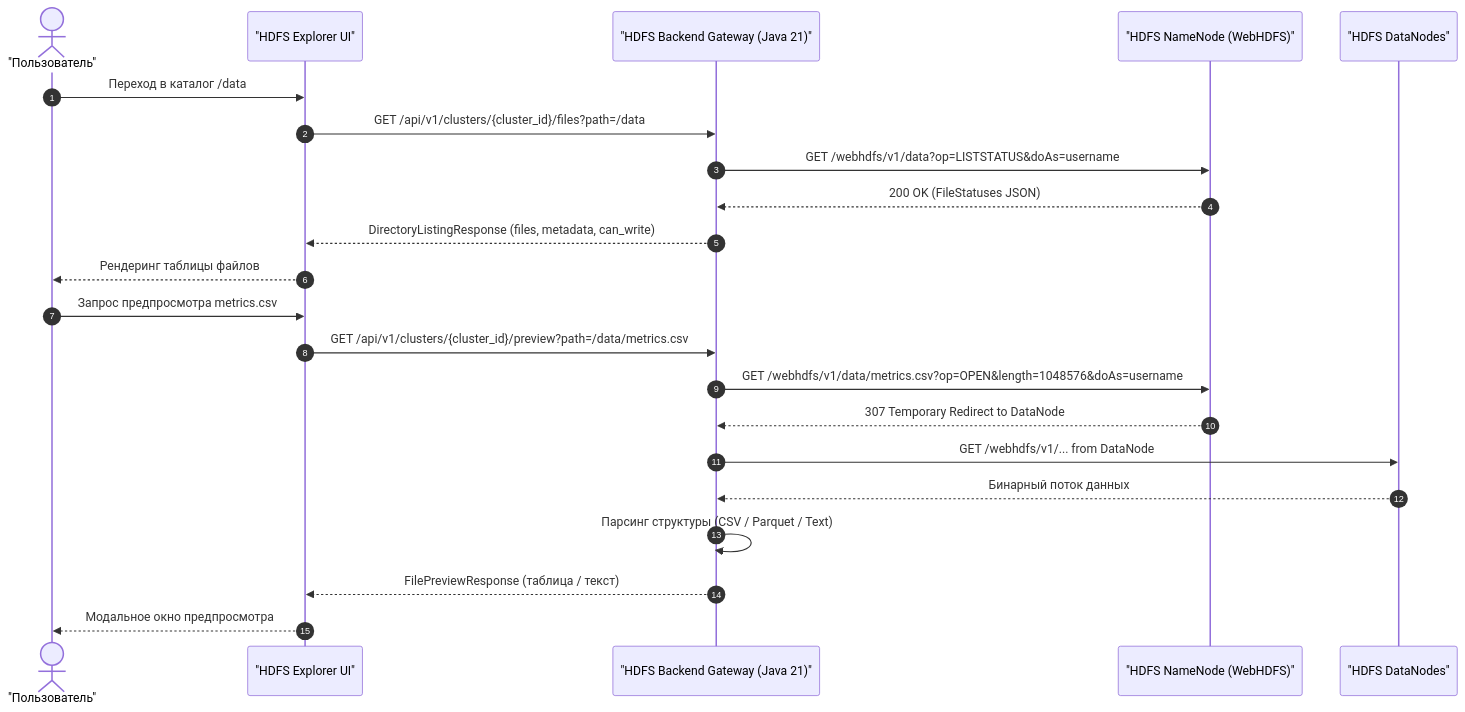
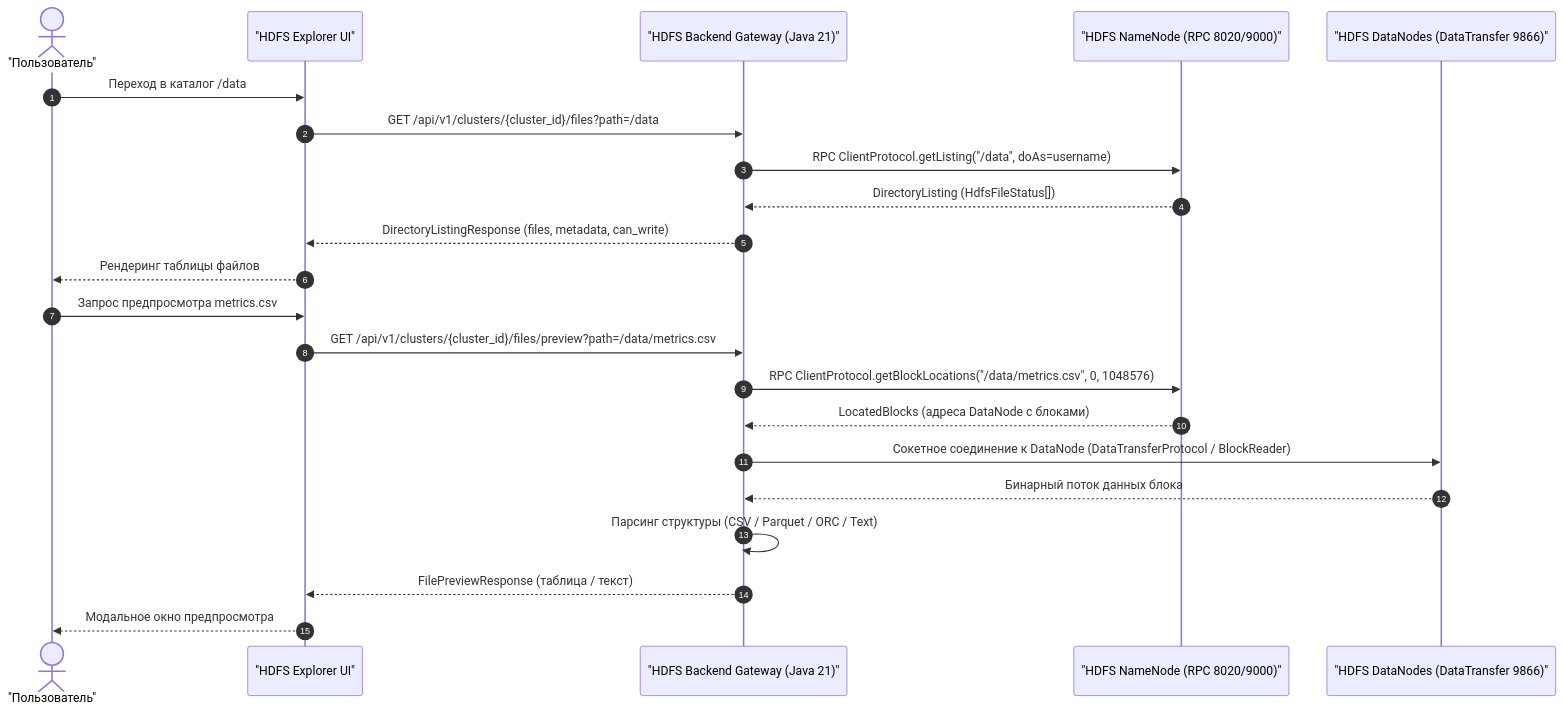
Before and after one commit to balookrd/hadoop-explorer: the second of 2 diagrams in docs/hdfs-user-guide.md, drawn with Mermaid. The commit also changed other lines of this file and 6 other files, not shown here.

````diff
--- a/docs/hdfs-user-guide.md
+++ b/docs/hdfs-user-guide.md
@@ -73,26 +73,26 @@
 ```mermaid
 sequenceDiagram
     autonumber
     actor U as "Пользователь"
     participant UI as "HDFS Explorer UI"
     participant BE as "HDFS Backend Gateway (Java 21)"
-    participant NN as "HDFS NameNode (WebHDFS)"
-    participant DN as "HDFS DataNodes"
+    participant NN as "HDFS NameNode (RPC 8020/9000)"
+    participant DN as "HDFS DataNodes (DataTransfer 9866)"
 
     U->>UI: Переход в каталог /data
     UI->>BE: GET /api/v1/clusters/{cluster_id}/files?path=/data
-    BE->>NN: GET /webhdfs/v1/data?op=LISTSTATUS&doAs=username
-    NN-->>BE: 200 OK (FileStatuses JSON)
+    BE->>NN: RPC ClientProtocol.getListing("/data", doAs=username)
+    NN-->>BE: DirectoryListing (HdfsFileStatus[])
     BE-->>UI: DirectoryListingResponse (files, metadata, can_write)
     UI-->>U: Рендеринг таблицы файлов
 
     U->>UI: Запрос предпросмотра metrics.csv
-    UI->>BE: GET /api/v1/clusters/{cluster_id}/preview?path=/data/metrics.csv
-    BE->>NN: GET /webhdfs/v1/data/metrics.csv?op=OPEN&length=1048576&doAs=username
-    NN-->>BE: 307 Temporary Redirect to DataNode
-    BE->>DN: GET /webhdfs/v1/... from DataNode
-    DN-->>BE: Бинарный поток данных
-    BE->>BE: Парсинг структуры (CSV / Parquet / Text)
+    UI->>BE: GET /api/v1/clusters/{cluster_id}/files/preview?path=/data/metrics.csv
+    BE->>NN: RPC ClientProtocol.getBlockLocations("/data/metrics.csv", 0, 1048576)
+    NN-->>BE: LocatedBlocks (адреса DataNode с блоками)
+    BE->>DN: Сокетное соединение к DataNode (DataTransferProtocol / BlockReader)
+    DN-->>BE: Бинарный поток данных блока
+    BE->>BE: Парсинг структуры (CSV / Parquet / ORC / Text)
     BE-->>UI: FilePreviewResponse (таблица / текст)
     UI-->>U: Модальное окно предпросмотра
 ```
````
